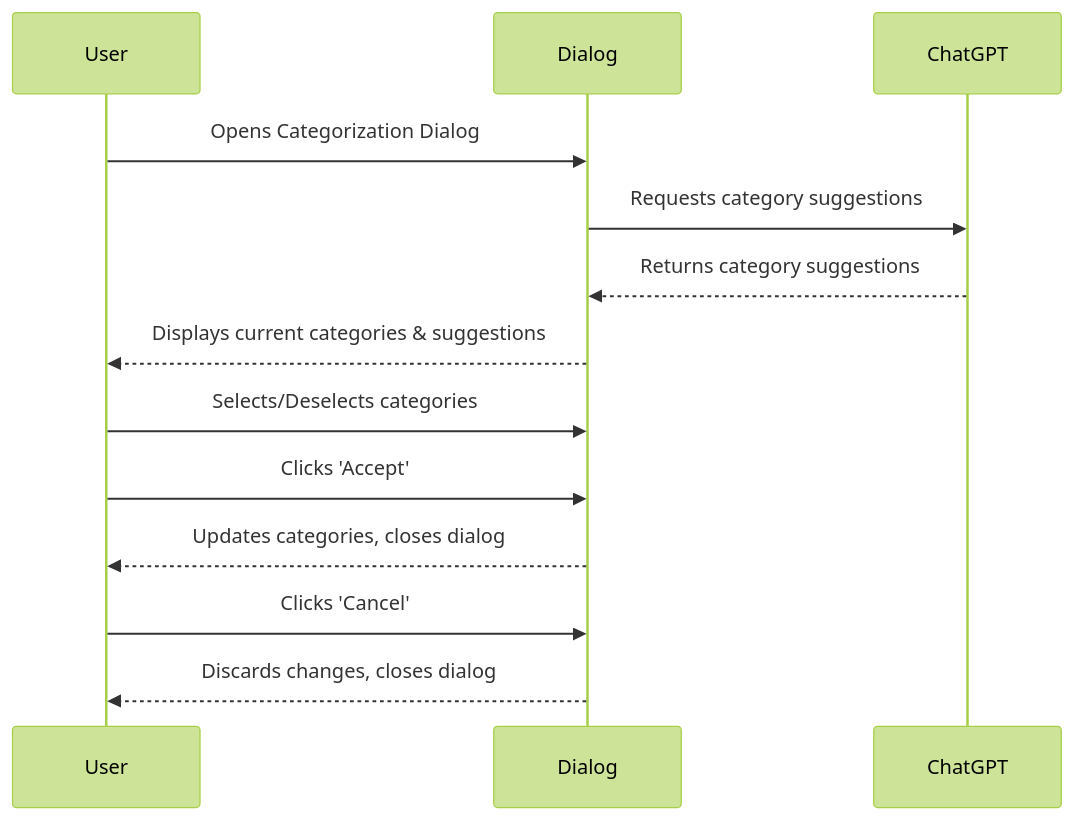
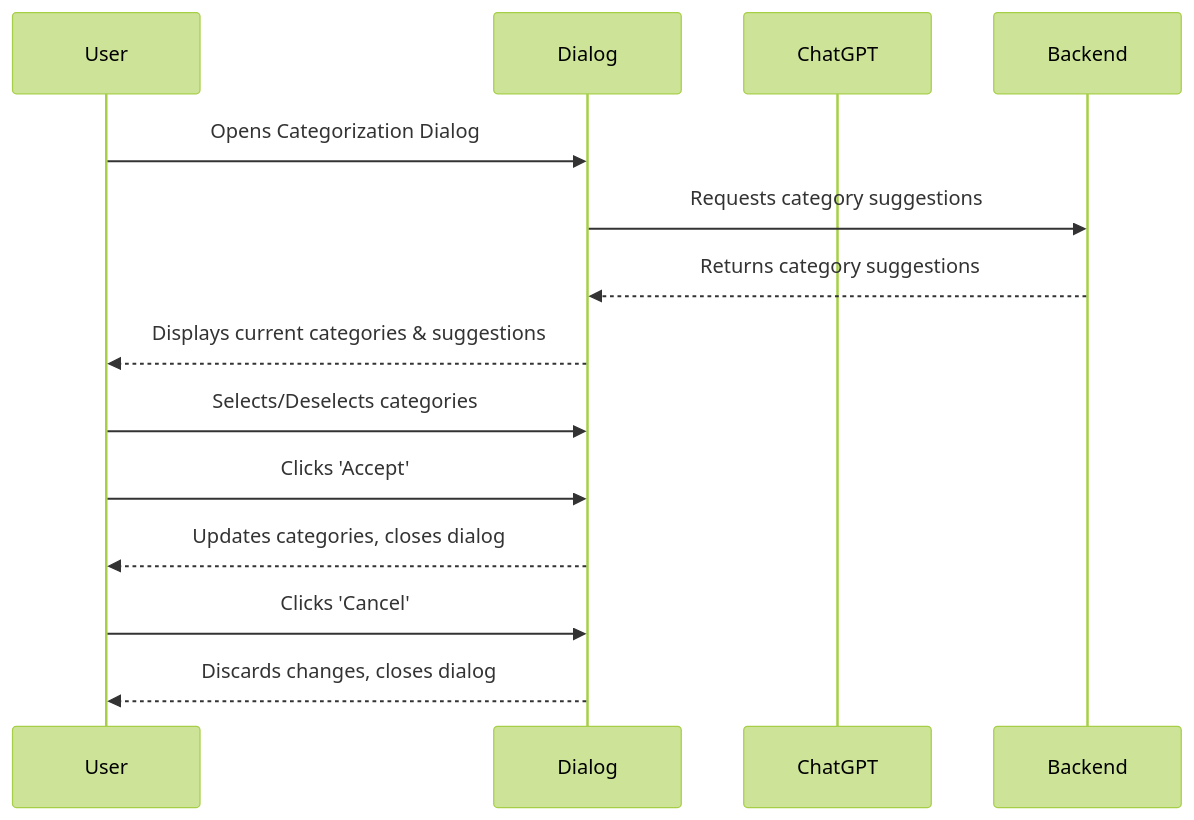
One commit to ist-dresden/composum-AI changed the diagram in featurespecs/2PageCategoryDialog.md. Above: the diagram before and after it, drawn with Mermaid (forest theme). The commit also changed 5 other files, not shown here.

````diff
--- a/featurespecs/2PageCategoryDialog.md
+++ b/featurespecs/2PageCategoryDialog.md
@@ -144,15 +144,15 @@
 ```mermaid
 sequenceDiagram
     participant User
     participant Dialog
     participant ChatGPT
     User->>Dialog: Opens Categorization Dialog
-    Dialog->>ChatGPT: Requests category suggestions
-    ChatGPT-->>Dialog: Returns category suggestions
+    Dialog->>Backend: Requests category suggestions
+    Backend-->>Dialog: Returns category suggestions
     Dialog-->>User: Displays current categories & suggestions
     User->>Dialog: Selects/Deselects categories
     User->>Dialog: Clicks 'Accept'
     Dialog-->>User: Updates categories, closes dialog
     User->>Dialog: Clicks 'Cancel'
     Dialog-->>User: Discards changes, closes dialog
 ```
````
